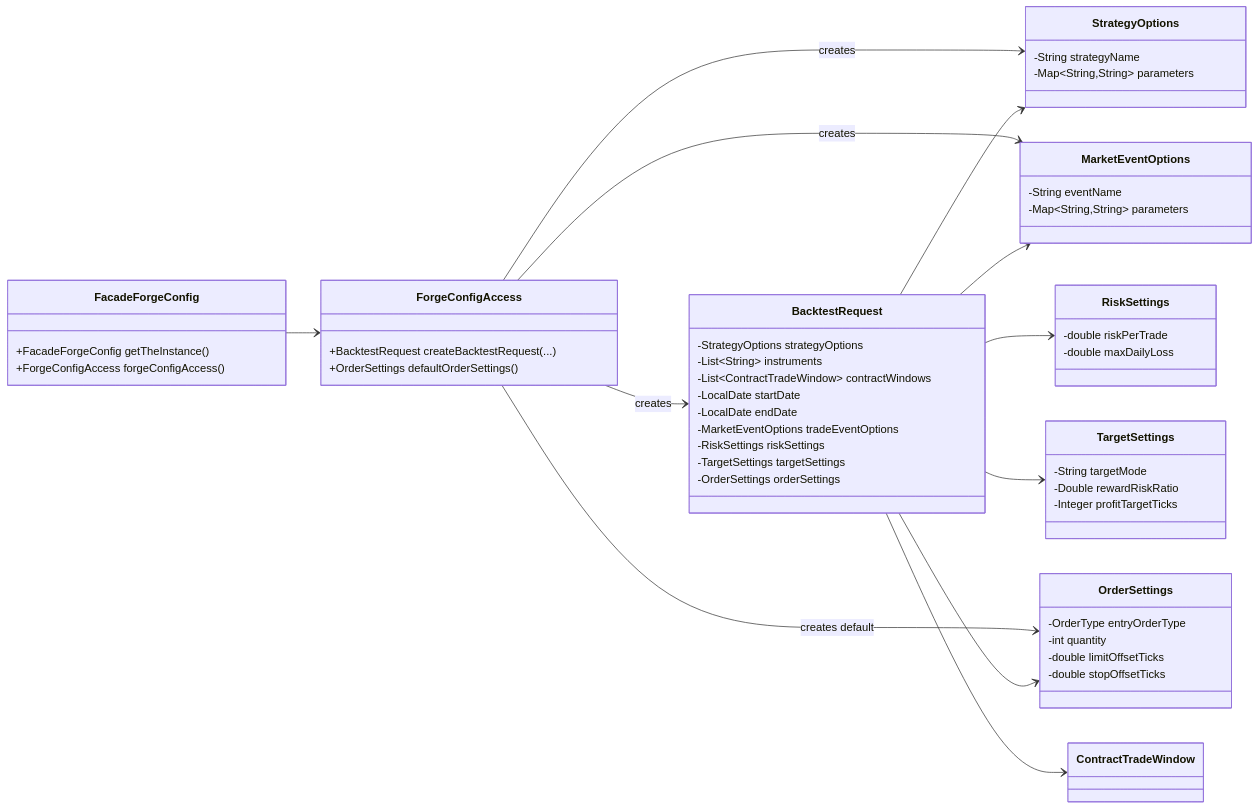
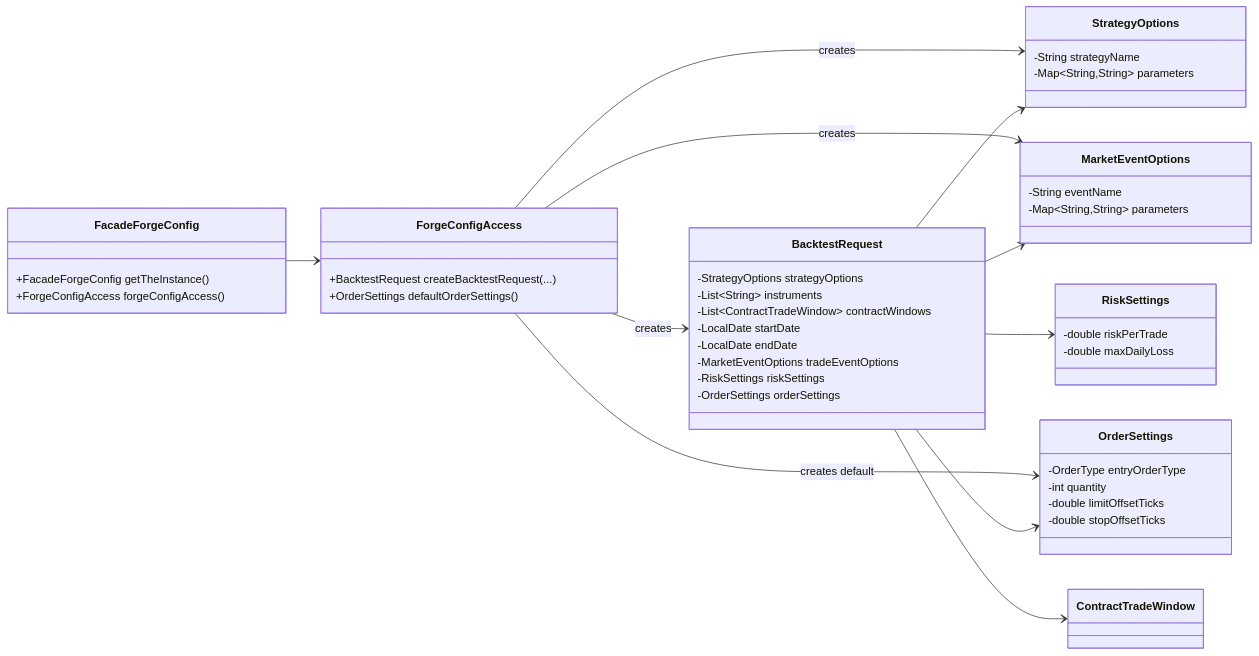
The fifth of 22 diagrams in class-model.md (probst-paul/FORGE), drawn with Mermaid before and after one commit. The commit also changed other lines of this file and 17 other files, not shown here.

First line of the commit message:
Remove target settings config and risk-reward exits

````diff
--- a/class-model.md
+++ b/class-model.md
@@ -328,66 +319,58 @@
 ```mermaid
 classDiagram
     direction LR
 
     class FacadeForgeConfig {
         +FacadeForgeConfig getTheInstance()
         +ForgeConfigAccess forgeConfigAccess()
     }
 
     class ForgeConfigAccess {
         +BacktestRequest createBacktestRequest(...)
         +OrderSettings defaultOrderSettings()
     }
 
     class BacktestRequest {
         -StrategyOptions strategyOptions
         -List~String~ instruments
         -List~ContractTradeWindow~ contractWindows
         -LocalDate startDate
         -LocalDate endDate
         -MarketEventOptions tradeEventOptions
         -RiskSettings riskSettings
-        -TargetSettings targetSettings
         -OrderSettings orderSettings
     }
 
     class StrategyOptions {
         -String strategyName
         -Map~String,String~ parameters
     }
 
     class MarketEventOptions {
         -String eventName
         -Map~String,String~ parameters
     }
 
     class RiskSettings {
         -double riskPerTrade
         -double maxDailyLoss
     }
 
-    class TargetSettings {
-        -String targetMode
-        -Double rewardRiskRatio
-        -Integer profitTargetTicks
-    }
-
     class OrderSettings {
         -OrderType entryOrderType
         -int quantity
         -double limitOffsetTicks
         -double stopOffsetTicks
     }
 
     FacadeForgeConfig --> ForgeConfigAccess
     ForgeConfigAccess --> BacktestRequest : creates
     ForgeConfigAccess --> StrategyOptions : creates
     ForgeConfigAccess --> MarketEventOptions : creates
     ForgeConfigAccess --> OrderSettings : creates default
     BacktestRequest --> StrategyOptions
     BacktestRequest --> MarketEventOptions
     BacktestRequest --> RiskSettings
-    BacktestRequest --> TargetSettings
     BacktestRequest --> OrderSettings
     BacktestRequest --> ContractTradeWindow
 ```
````
